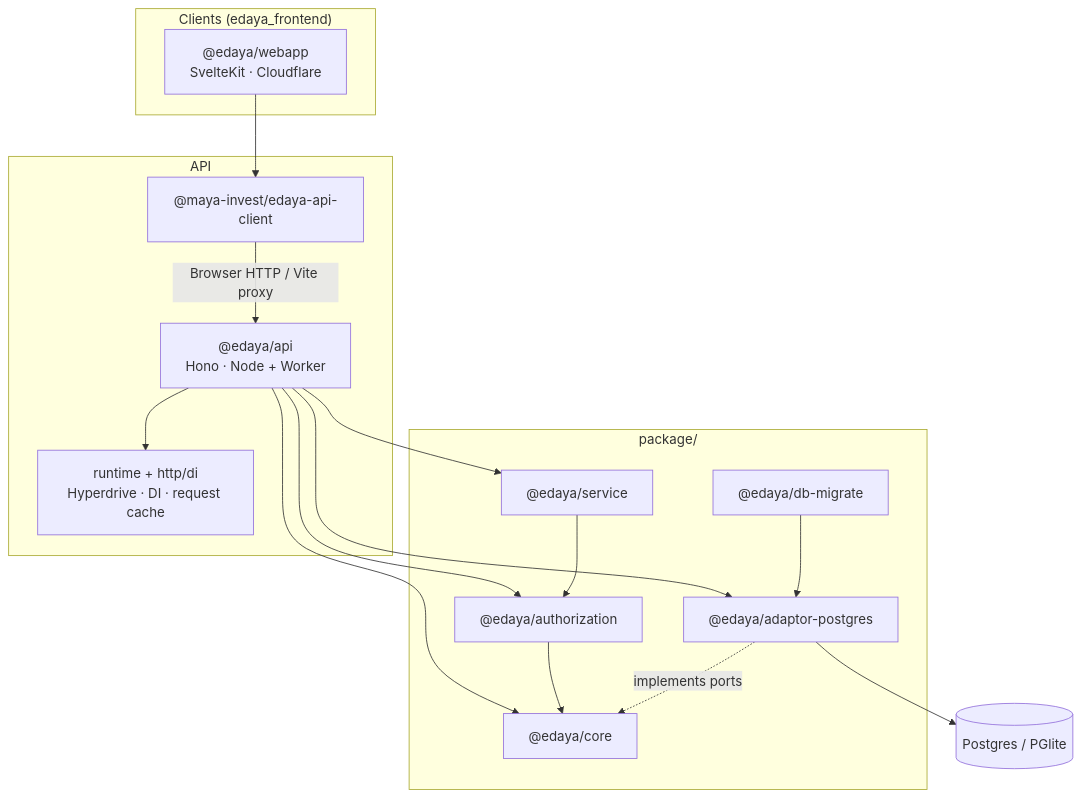
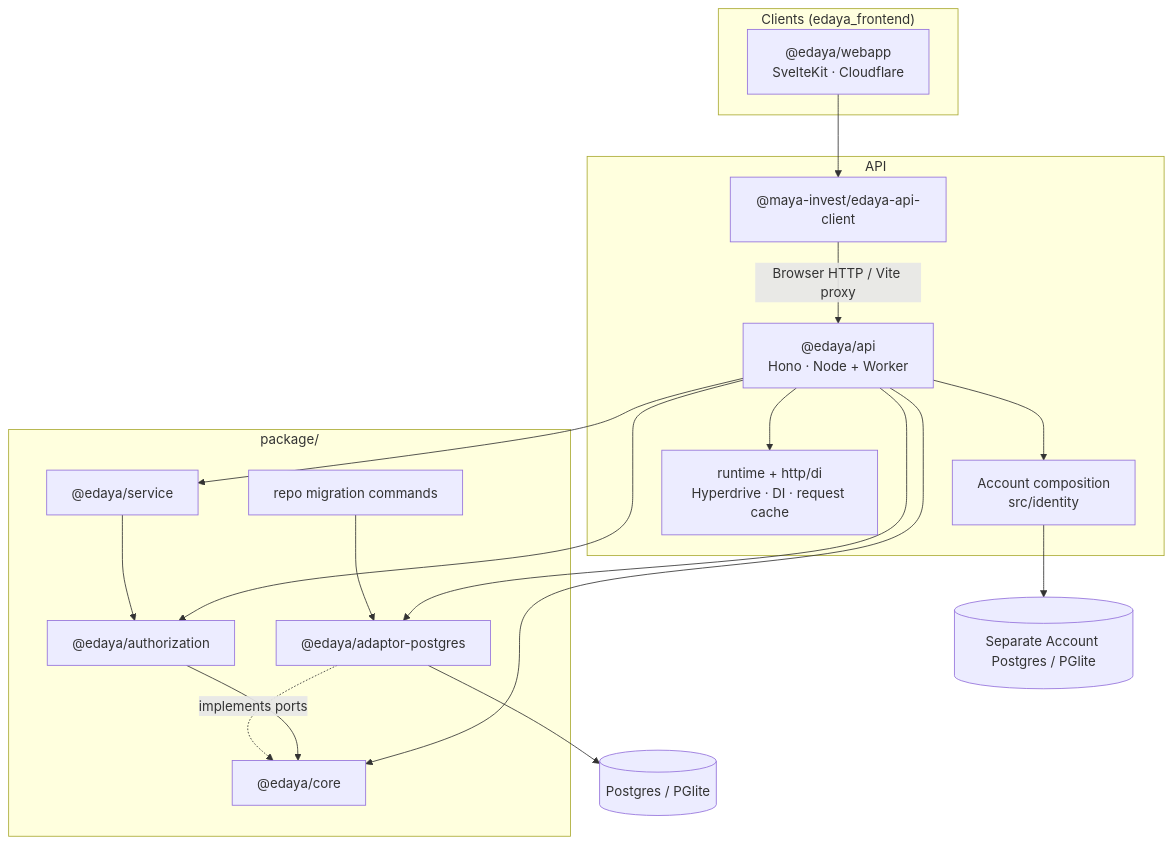
One commit to Maya-Invest/edaya_backend changed the diagram in README.md. Above: the diagram before and after it, drawn with Mermaid. The commit also changed other lines of this file and 355 other files, not shown here.

````diff
--- a/README.md
+++ b/README.md
@@ -48,33 +48,36 @@
 ```mermaid
 flowchart TB
   subgraph clients["Clients (edaya_frontend)"]
     Webapp["@edaya/webapp<br/>SvelteKit · Cloudflare"]
   end
 
   subgraph api_layer["API"]
     API["@edaya/api<br/>Hono · Node + Worker"]
     Client["@maya-invest/edaya-api-client"]
+    Account["Account composition<br/>src/identity"]
     WorkerHost["runtime + http/di<br/>Hyperdrive · DI · request cache"]
   end
 
   subgraph package["package/"]
     Core["@edaya/core"]
     Authz["@edaya/authorization"]
     Service["@edaya/service"]
     PG["@edaya/adaptor-postgres"]
-    DbMigrate["@edaya/db-migrate"]
+    DbMigrate["repo migration commands"]
   end
 
   Webapp --> Client
   Client -->|Browser HTTP / Vite proxy| API
+  API --> Account
+  Account --> AccountDB[(Separate Account Postgres / PGlite)]
   API --> WorkerHost
   API --> Service
   API --> Authz
   API --> Core
   API --> PG
   Service --> Authz
   Authz --> Core
   PG -.->|implements ports| Core
   DbMigrate --> PG
   PG --> SchoolDB[(Postgres / PGlite)]
 ```
````
